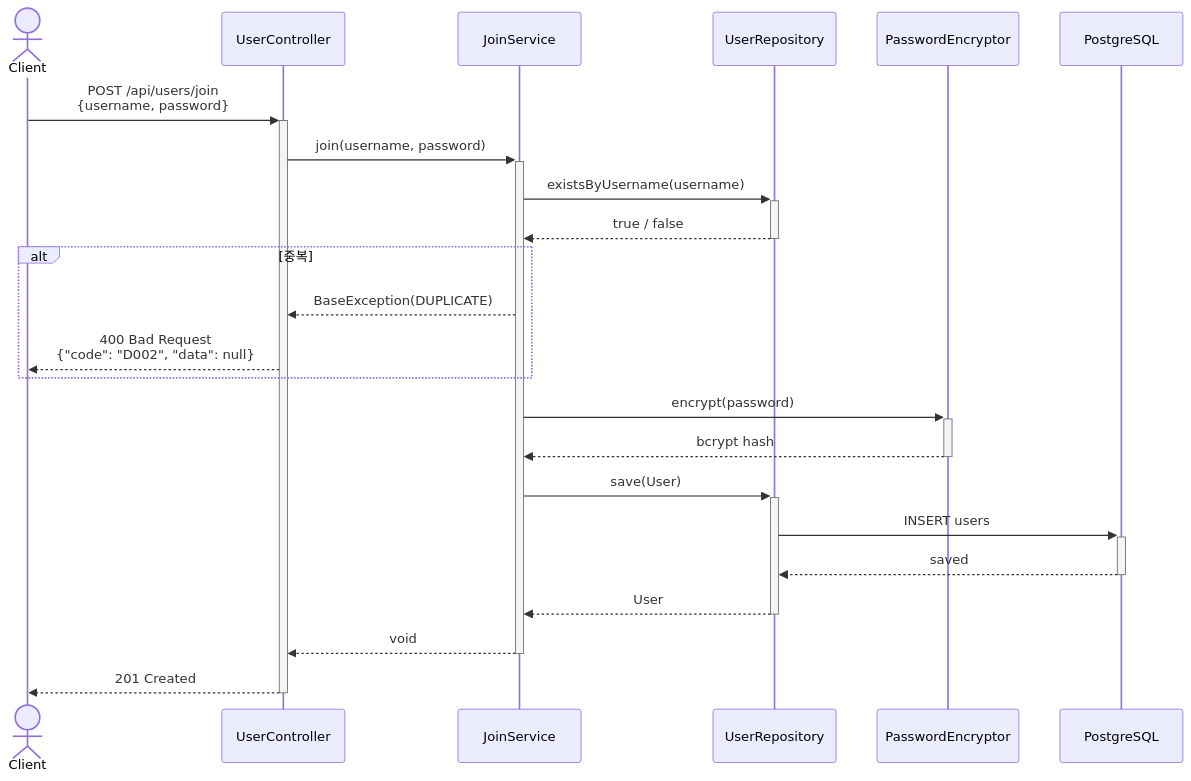
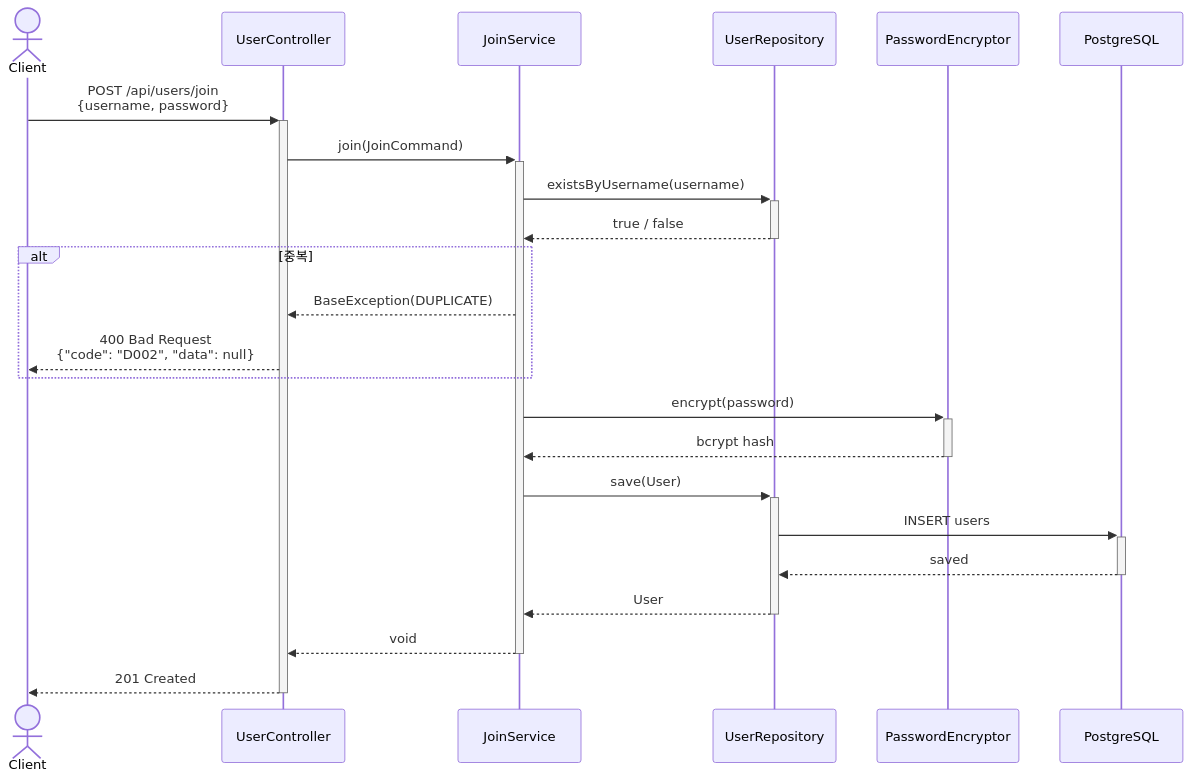
Before and after one commit to GoToOOP2/OOP: the second of 4 diagrams in docs/auth/AUTH.md, drawn with Mermaid. The commit also changed other lines of this file, not shown here.

Commit message:
fix: 인가 mermaid 화면 이슈 해결

````diff
--- a/docs/auth/AUTH.md
+++ b/docs/auth/AUTH.md
@@ -70,26 +67,26 @@
 ```mermaid
 sequenceDiagram
     actor Client
     participant C  as UserController
     participant S  as JoinService
     participant R  as UserRepository
     participant E  as PasswordEncryptor
     participant DB as PostgreSQL
 
     Client ->>+ C: POST /api/users/join<br/>{username, password}
-    C ->>+ S: join(username, password)
+    C ->>+ S: join(JoinCommand)
     S ->>+ R: existsByUsername(username)
     R -->>- S: true / false
     alt 중복
         S -->> C: BaseException(DUPLICATE)
         C -->> Client: 400 Bad Request<br/>{"code": "D002", "data": null}
     end
     S ->>+ E: encrypt(password)
     E -->>- S: bcrypt hash
     S ->>+ R: save(User)
     R ->>+ DB: INSERT users
     DB -->>- R: saved
     R -->>- S: User
     S -->>- C: void
     C -->>- Client: 201 Created
 ```
````
